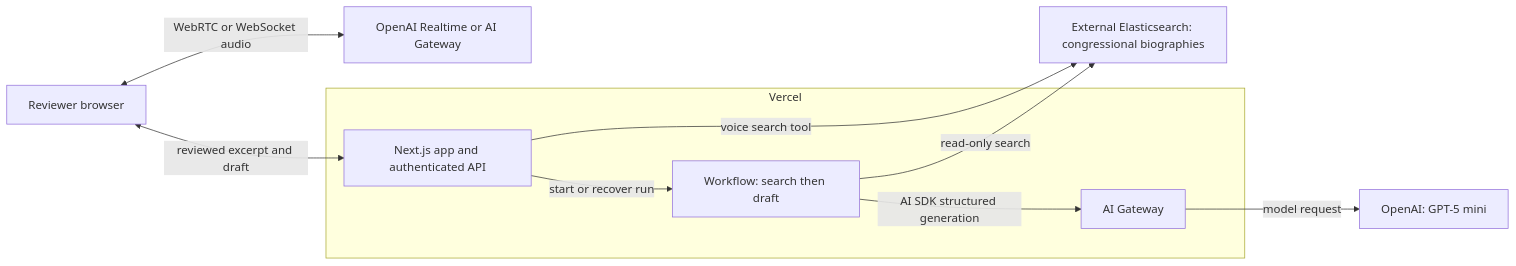
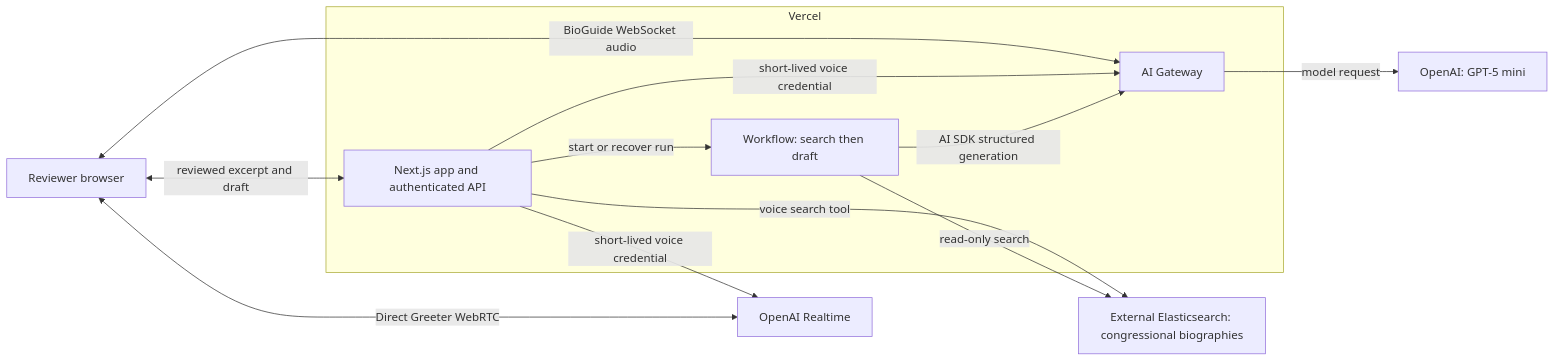
The second of 2 diagrams in docs/assessment.md (matthecarl/FedFlow), drawn with Mermaid before and after one commit. The commit also changed other lines of this file and 40 other files, not shown here.

````diff
--- a/docs/assessment.md
+++ b/docs/assessment.md
@@ -13,19 +13,22 @@
 ```mermaid
 flowchart LR
   Browser[Reviewer browser]
-  Voice[OpenAI Realtime or AI Gateway]
+  Voice[OpenAI Realtime]
   DraftModel[OpenAI: GPT-5 mini]
   Elastic[External Elasticsearch: congressional biographies]
   subgraph Vercel
     App[Next.js app and authenticated API]
     Work[Workflow: search then draft]
     Gateway[AI Gateway]
   end
-  Browser <-->|WebRTC or WebSocket audio| Voice
+  Browser <-->|Direct Greeter WebRTC| Voice
+  Browser <-->|BioGuide WebSocket audio| Gateway
   Browser <-->|reviewed excerpt and draft| App
+  App -->|short-lived voice credential| Gateway
+  App -->|short-lived voice credential| Voice
   App -->|voice search tool| Elastic
   App -->|start or recover run| Work
   Work -->|read-only search| Elastic
   Work -->|AI SDK structured generation| Gateway
   Gateway -->|model request| DraftModel
 ```
````
